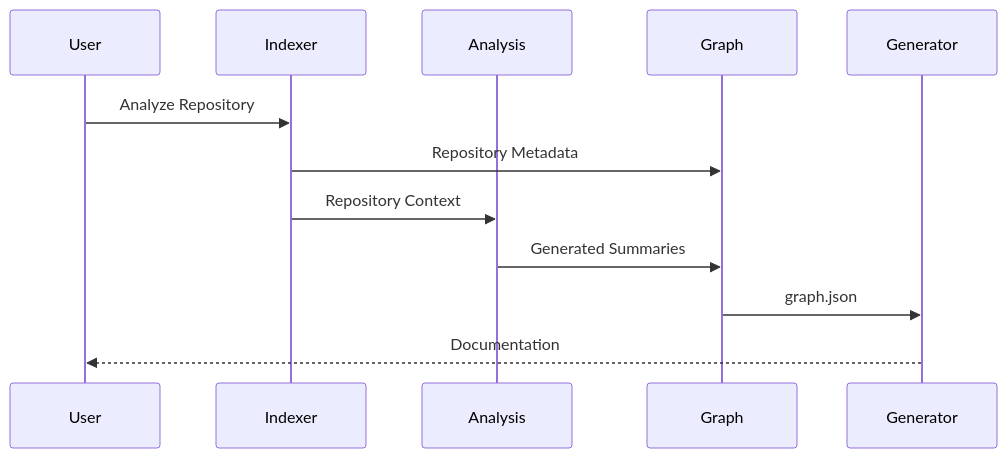
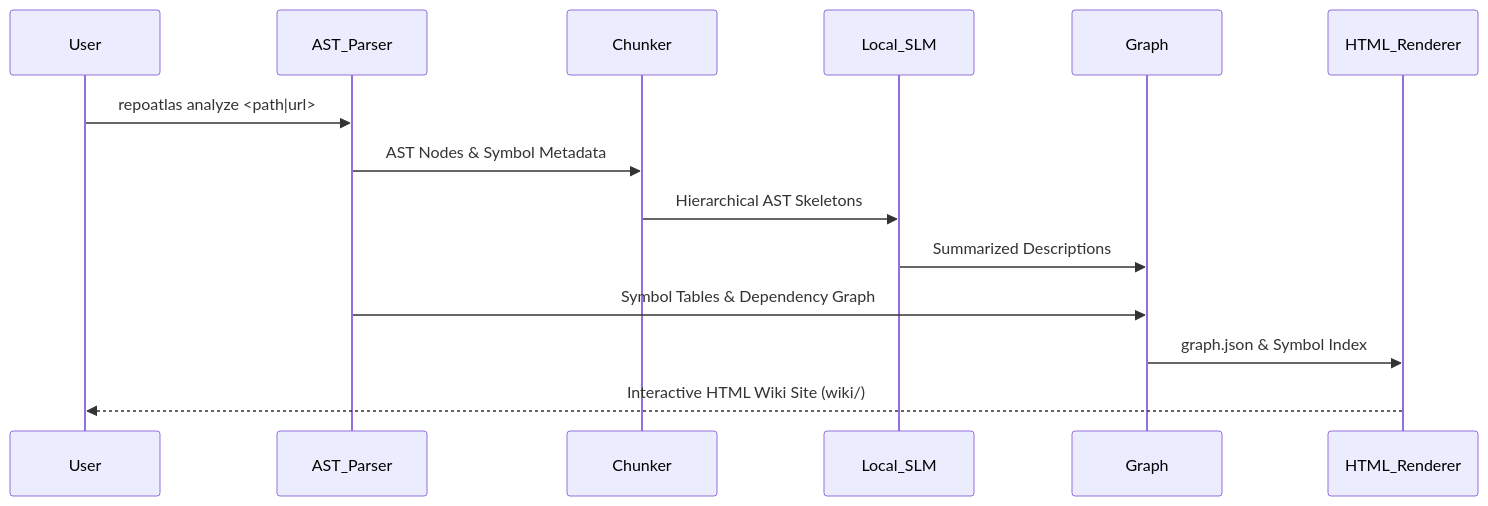
One commit to DarkKing335/Wiki-Generation changed the second of 2 diagrams in docs/architecture.md. Above: the diagram before and after it, drawn with Mermaid. The commit also changed other lines of this file and 12 other files, not shown here.

````diff
--- a/docs/architecture.md
+++ b/docs/architecture.md
@@ -129,15 +115,17 @@
 ```mermaid
 sequenceDiagram
     participant User
-    participant Indexer
-    participant Analysis
+    participant AST_Parser
+    participant Chunker
+    participant Local_SLM
     participant Graph
-    participant Generator
+    participant HTML_Renderer
 
-    User->>Indexer: Analyze Repository
-    Indexer->>Graph: Repository Metadata
-    Indexer->>Analysis: Repository Context
-    Analysis->>Graph: Generated Summaries
-    Graph->>Generator: graph.json
-    Generator-->>User: Documentation
+    User->>AST_Parser: repoatlas analyze <path|url>
+    AST_Parser->>Chunker: AST Nodes & Symbol Metadata
+    Chunker->>Local_SLM: Hierarchical AST Skeletons
+    Local_SLM->>Graph: Summarized Descriptions
+    AST_Parser->>Graph: Symbol Tables & Dependency Graph
+    Graph->>HTML_Renderer: graph.json & Symbol Index
+    HTML_Renderer-->>User: Interactive HTML Wiki Site (wiki/)
 ```
````
